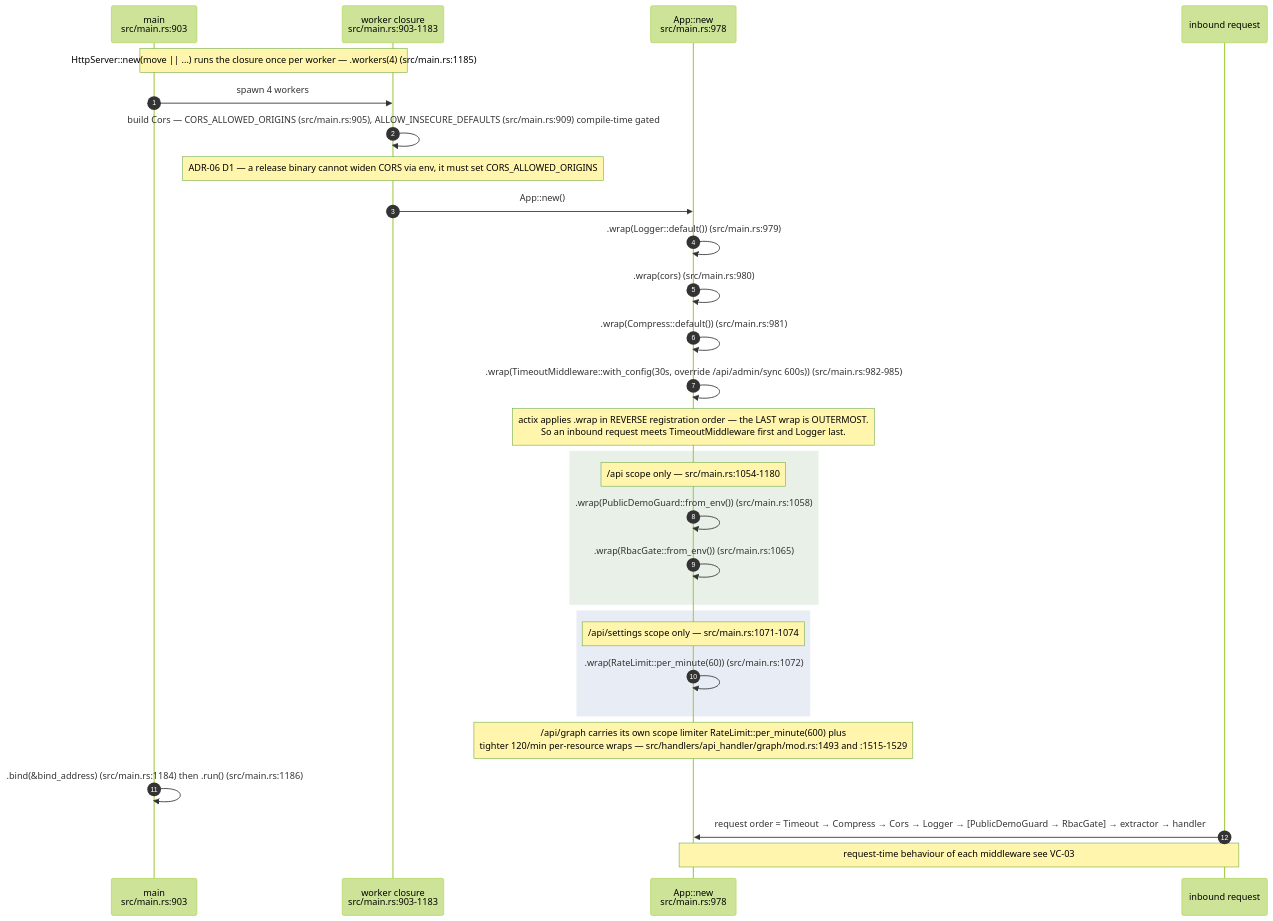
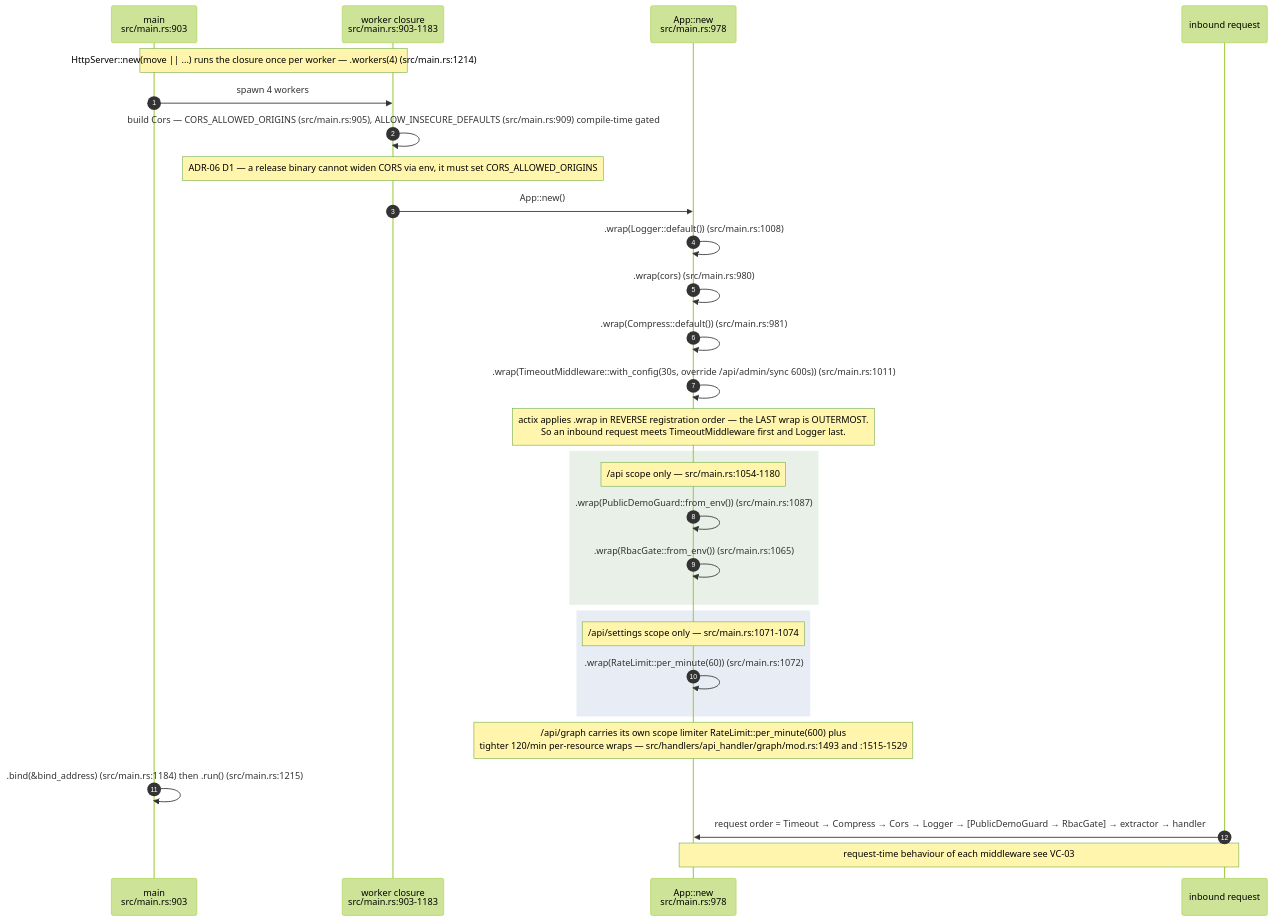
Before and after one commit to DreamLab-AI/VisionFlow: the third of 15 diagrams in docs/diagrams/visionclaw/01-boot-and-app-state.md, drawn with Mermaid (forest theme). The commit also changed other lines of this file and 51 other files, not shown here.

First line of the commit message:
docs(diagrams): agentbox AB-01..13 re-attested anchor by anchor (980 anchors, 22 defects); checkpoint against an out-of-mesh writer

````diff
--- a/docs/diagrams/visionclaw/01-boot-and-app-state.md
+++ b/docs/diagrams/visionclaw/01-boot-and-app-state.md
@@ -162,32 +162,32 @@
 ```mermaid
 sequenceDiagram
     autonumber
     participant M as main<br/>src/main.rs:903
     participant W as worker closure<br/>src/main.rs:903-1183
     participant A as App::new<br/>src/main.rs:978
     participant REQ as inbound request
 
-    Note over M,W: HttpServer::new(move || ...) runs the closure once per worker — .workers(4) (src/main.rs:1185)
+    Note over M,W: HttpServer::new(move || ...) runs the closure once per worker — .workers(4) (src/main.rs:1214)
     M->>W: spawn 4 workers
     W->>W: build Cors — CORS_ALLOWED_ORIGINS (src/main.rs:905), ALLOW_INSECURE_DEFAULTS (src/main.rs:909) compile-time gated
     Note over W: ADR-06 D1 — a release binary cannot widen CORS via env, it must set CORS_ALLOWED_ORIGINS
     W->>A: App::new()
-    A->>A: .wrap(Logger::default()) (src/main.rs:979)
+    A->>A: .wrap(Logger::default()) (src/main.rs:1008)
     A->>A: .wrap(cors) (src/main.rs:980)
     A->>A: .wrap(Compress::default()) (src/main.rs:981)
-    A->>A: .wrap(TimeoutMiddleware::with_config(30s, override /api/admin/sync 600s)) (src/main.rs:982-985)
+    A->>A: .wrap(TimeoutMiddleware::with_config(30s, override /api/admin/sync 600s)) (src/main.rs:1011)
     Note over A: actix applies .wrap in REVERSE registration order — the LAST wrap is OUTERMOST.<br/>So an inbound request meets TimeoutMiddleware first and Logger last.
     rect rgb(232,240,232)
     Note over A: /api scope only — src/main.rs:1054-1180
-    A->>A: .wrap(PublicDemoGuard::from_env()) (src/main.rs:1058)
+    A->>A: .wrap(PublicDemoGuard::from_env()) (src/main.rs:1087)
     A->>A: .wrap(RbacGate::from_env()) (src/main.rs:1065)
     end
     rect rgb(232,236,244)
     Note over A: /api/settings scope only — src/main.rs:1071-1074
     A->>A: .wrap(RateLimit::per_minute(60)) (src/main.rs:1072)
     end
     Note over A: /api/graph carries its own scope limiter RateLimit::per_minute(600) plus<br/>tighter 120/min per-resource wraps — src/handlers/api_handler/graph/mod.rs:1493 and :1515-1529
-    M->>M: .bind(&bind_address) (src/main.rs:1184) then .run() (src/main.rs:1186)
+    M->>M: .bind(&bind_address) (src/main.rs:1184) then .run() (src/main.rs:1215)
     REQ->>A: request order = Timeout → Compress → Cors → Logger → [PublicDemoGuard → RbacGate] → extractor → handler
     Note over REQ,A: request-time behaviour of each middleware see VC-03
 ```
````
